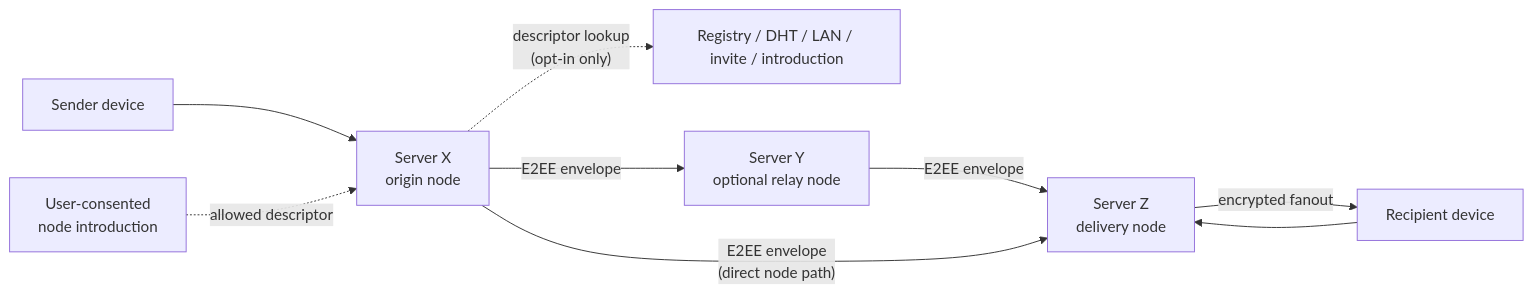
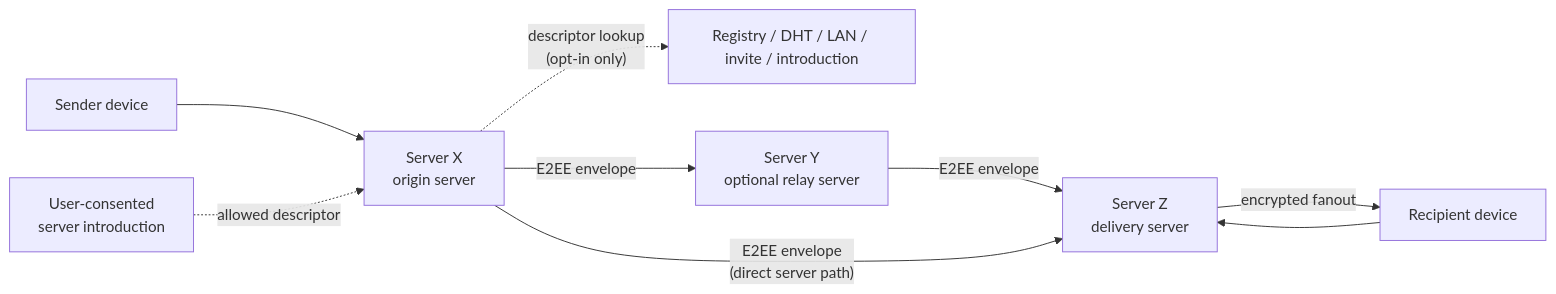
One commit to MaximilianWalker/HexRelay changed the diagram in docs/architecture/04-communication-networking-layer-plan.md. Above: the diagram before and after it, drawn with Mermaid. The commit also changed other lines of this file and 144 other files, not shown here.

Commit message:
Refactor server identity architecture

````diff
--- a/docs/architecture/04-communication-networking-layer-plan.md
+++ b/docs/architecture/04-communication-networking-layer-plan.md
@@ -179,11 +179,11 @@
 ```mermaid
 flowchart LR
-  Sender["Sender device"] --> Origin["Server X<br/>origin node"]
-  Recipient["Recipient device"] --> Delivery["Server Z<br/>delivery node"]
+  Sender["Sender device"] --> Origin["Server X<br/>origin server"]
+  Recipient["Recipient device"] --> Delivery["Server Z<br/>delivery server"]
   Origin -. "descriptor lookup<br/>(opt-in only)" .-> Discovery["Registry / DHT / LAN / invite / introduction"]
-  UserIntro["User-consented<br/>node introduction"] -. "allowed descriptor" .-> Origin
-  Origin -->|"E2EE envelope"| Relay["Server Y<br/>optional relay node"]
+  UserIntro["User-consented<br/>server introduction"] -. "allowed descriptor" .-> Origin
+  Origin -->|"E2EE envelope"| Relay["Server Y<br/>optional relay server"]
   Relay -->|"E2EE envelope"| Delivery
-  Origin -->|"E2EE envelope<br/>(direct node path)"| Delivery
+  Origin -->|"E2EE envelope<br/>(direct server path)"| Delivery
   Delivery -->|"encrypted fanout"| Recipient
 ```
````
